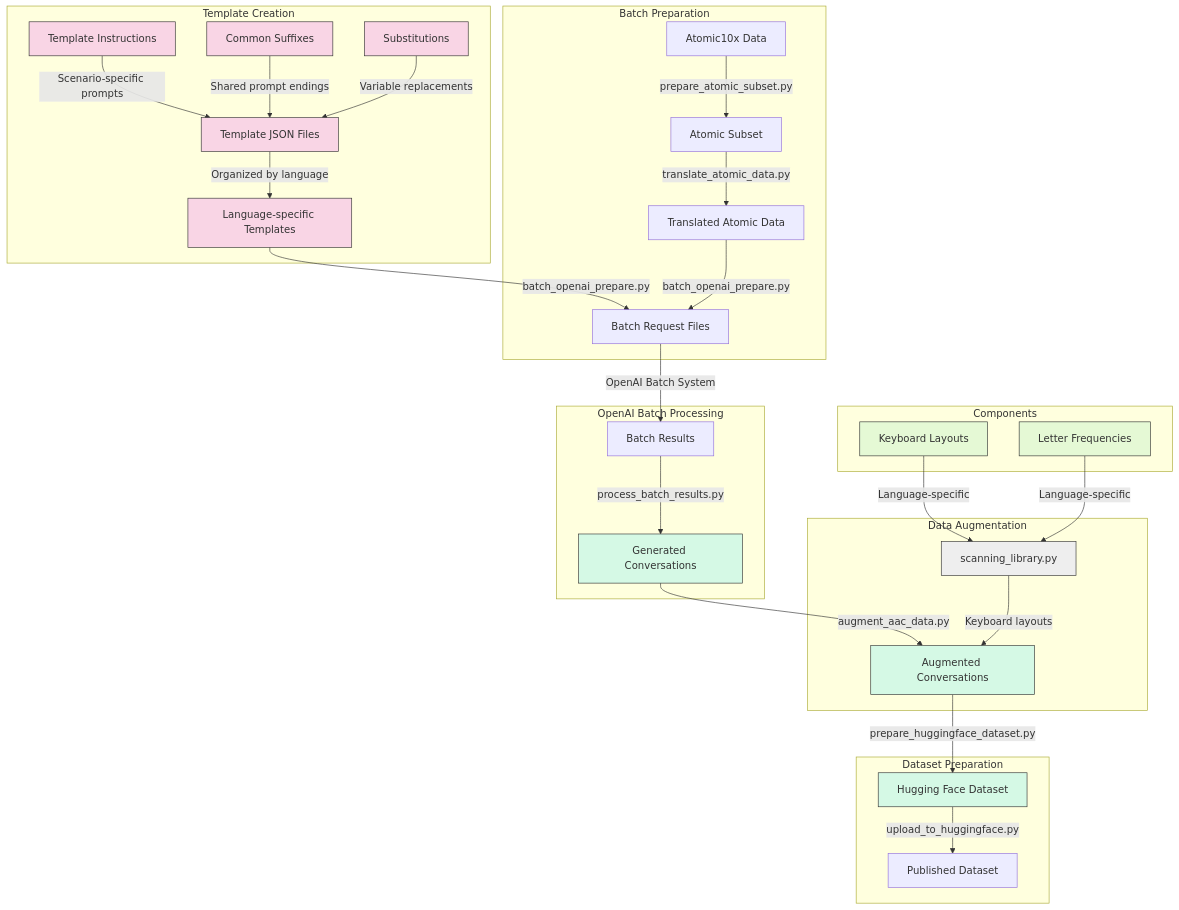
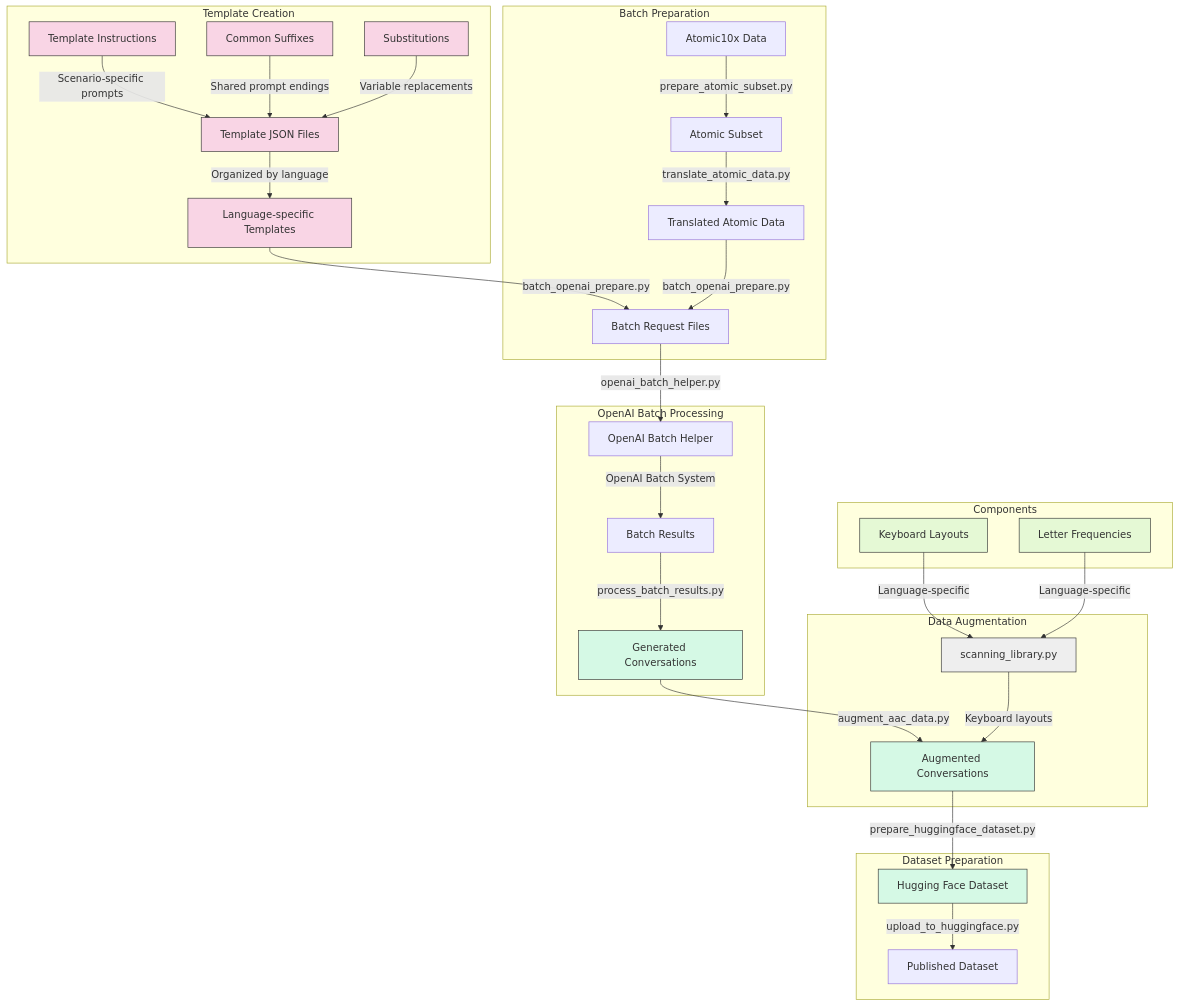
One commit to willwade/AACDataSet changed the diagram in README.md. Above: the diagram before and after it, drawn with Mermaid. The commit also changed other lines of this file and 2 other files, not shown here.

Commit message:
add batch helper

````diff
--- a/README.md
+++ b/README.md
@@ -317,48 +344,49 @@
 ```mermaid
 graph TD
     subgraph "Template Creation"
         A[Template JSON Files] -->|Organized by language| B[Language-specific Templates]
         T1[Template Instructions] -->|Scenario-specific prompts| A
         T2[Common Suffixes] -->|Shared prompt endings| A
         T3[Substitutions] -->|Variable replacements| A
     end
 
     subgraph "Batch Preparation"
         B -->|batch_openai_prepare.py| BP[Batch Request Files]
         AT[Atomic10x Data] -->|prepare_atomic_subset.py| AS[Atomic Subset]
         AS -->|translate_atomic_data.py| TA[Translated Atomic Data]
         TA -->|batch_openai_prepare.py| BP
     end
 
     subgraph "OpenAI Batch Processing"
-        BP -->|OpenAI Batch System| BR[Batch Results]
+        BP -->|openai_batch_helper.py| OBH[OpenAI Batch Helper]
+        OBH -->|OpenAI Batch System| BR[Batch Results]
         BR -->|process_batch_results.py| C[Generated Conversations]
     end
 
     subgraph "Data Augmentation"
         C -->|augment_aac_data.py| E[Augmented Conversations]
         F[scanning_library.py] -->|Keyboard layouts| E
     end
 
     subgraph "Dataset Preparation"
         E -->|prepare_huggingface_dataset.py| G[Hugging Face Dataset]
         G -->|upload_to_huggingface.py| H[Published Dataset]
     end
 
     subgraph "Components"
         J[Keyboard Layouts] -->|Language-specific| F
         K[Letter Frequencies] -->|Language-specific| F
     end
 
     classDef templates fill:#f9d5e5,stroke:#333,stroke-width:1px;
     classDef processing fill:#eeeeee,stroke:#333,stroke-width:1px;
     classDef data fill:#d5f9e5,stroke:#333,stroke-width:1px;
     classDef components fill:#e5f9d5,stroke:#333,stroke-width:1px;
     classDef llm fill:#d5e5f9,stroke:#333,stroke-width:1px;
 
     class A,B,T1,T2,T3 templates;
     class C,D,E,G data;
     class J,K components;
     class F processing;
     class L,M,N llm;
 ```
````
